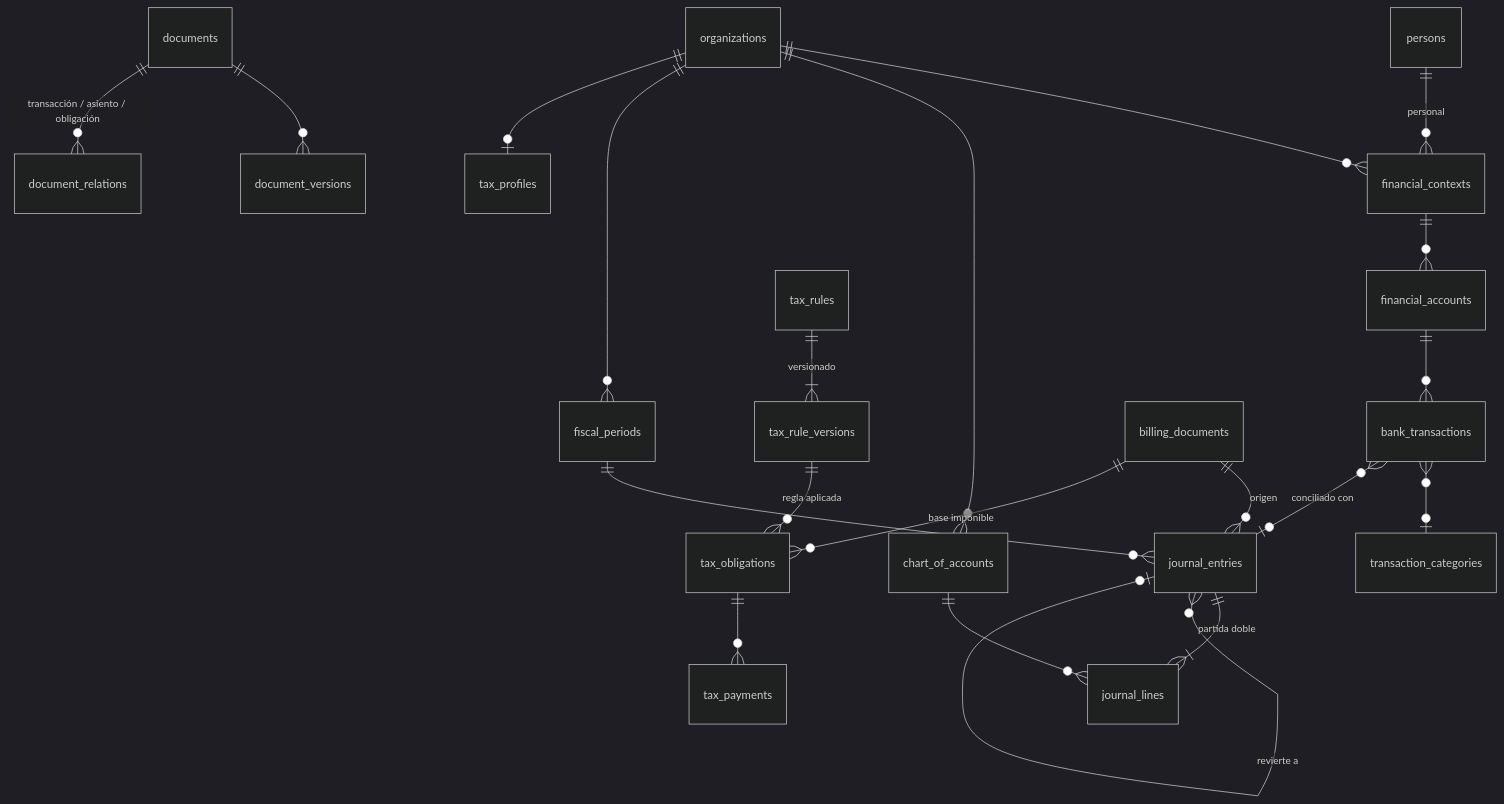
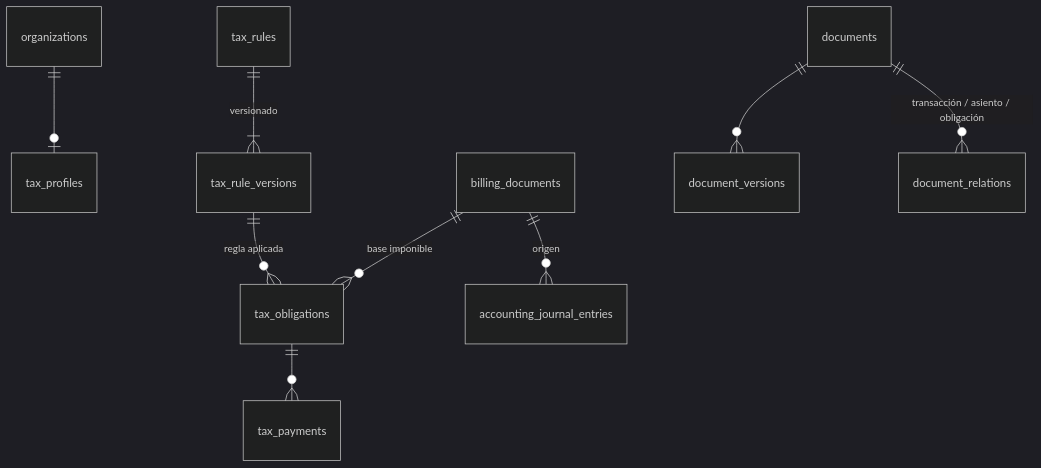
Before and after one commit to mandarinagg/Contador: the fourth of 4 diagrams in docs/DATABASE_SCHEMA.md, drawn with Mermaid (dark theme). The commit also changed other lines of this file and 4 other files, not shown here.

````diff
--- a/docs/DATABASE_SCHEMA.md
+++ b/docs/DATABASE_SCHEMA.md
@@ -283,23 +450,11 @@
 ```mermaid
 erDiagram
-    organizations ||--o{ financial_contexts : ""
-    persons ||--o{ financial_contexts : "personal"
-    financial_contexts ||--o{ financial_accounts : ""
-    financial_accounts ||--o{ bank_transactions : ""
-    bank_transactions }o--o| transaction_categories : ""
-    bank_transactions }o--o| journal_entries : "conciliado con"
-    organizations ||--o{ chart_of_accounts : ""
-    organizations ||--o{ fiscal_periods : ""
-    fiscal_periods ||--o{ journal_entries : ""
-    journal_entries ||--|{ journal_lines : "partida doble"
-    chart_of_accounts ||--o{ journal_lines : ""
-    journal_entries }o--o| journal_entries : "revierte a"
     organizations ||--o| tax_profiles : ""
     tax_rules ||--|{ tax_rule_versions : "versionado"
     tax_rule_versions ||--o{ tax_obligations : "regla aplicada"
     tax_obligations ||--o{ tax_payments : ""
-    billing_documents ||--o{ journal_entries : "origen"
+    billing_documents ||--o{ accounting_journal_entries : "origen"
     billing_documents ||--o{ tax_obligations : "base imponible"
     documents ||--o{ document_versions : ""
     documents ||--o{ document_relations : "transacción / asiento / obligación"
 ```
````
